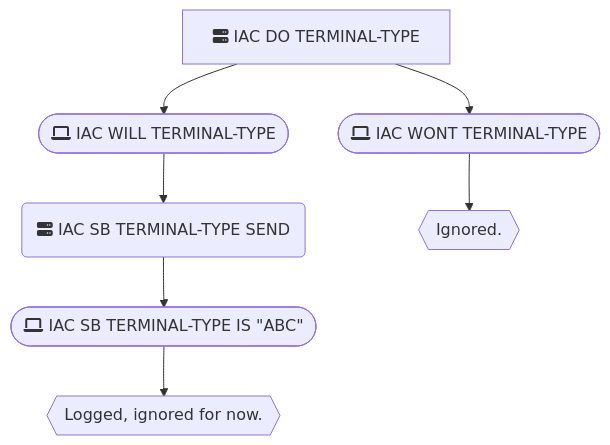
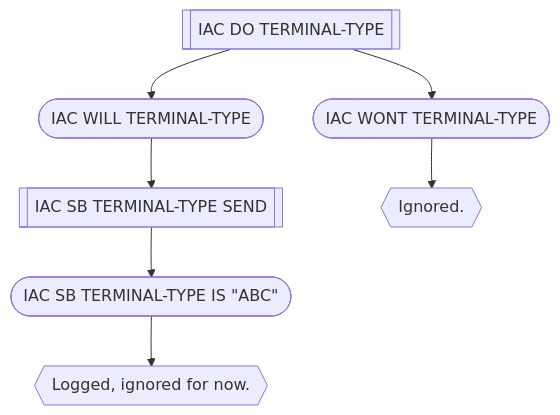
One commit to wisq/ex_mush changed the third of 4 diagrams in TELNET.md. Above: the diagram before and after it, drawn with Mermaid. The commit also changed other lines of this file, not shown here.

````diff
--- a/TELNET.md
+++ b/TELNET.md
@@ -52,16 +61,16 @@
 ```mermaid
-%%{init: {"flowchart": {"wrappingWidth": 10000}}}%%
+%%{init: {"flowchart": {"wrappingWidth": 10000 }} }%%
 
 flowchart TD
-    do_ttype[fa:fa-server IAC DO TERMINAL-TYPE]
+    do_ttype[[ IAC DO TERMINAL-TYPE ]]
 
     %% The success path:
-    do_ttype --> will_ttype([fa:fa-laptop IAC WILL TERMINAL-TYPE])
-    will_ttype --> request_ttype(fa:fa-server IAC SB TERMINAL-TYPE SEND)
-    request_ttype --> send_ttype([fa:fa-laptop IAC SB TERMINAL-TYPE IS &quot;ABC&quot;])
-    send_ttype --> success{{Logged, ignored for now.}}
+    do_ttype --> will_ttype([ IAC WILL TERMINAL-TYPE ])
+    will_ttype --> request_ttype[[ IAC SB TERMINAL-TYPE SEND ]]
+    request_ttype --> send_ttype([ IAC SB TERMINAL-TYPE IS &quot;ABC&quot; ])
+    send_ttype --> success{{ Logged, ignored for now. }}
 
     %% The failure path:
-    do_ttype --> wont_ttype([fa:fa-laptop IAC WONT TERMINAL-TYPE])
-    wont_ttype --> fail{{Ignored.}}
+    do_ttype --> wont_ttype([ IAC WONT TERMINAL-TYPE ])
+    wont_ttype --> fail{{ Ignored. }}
 ```
````
